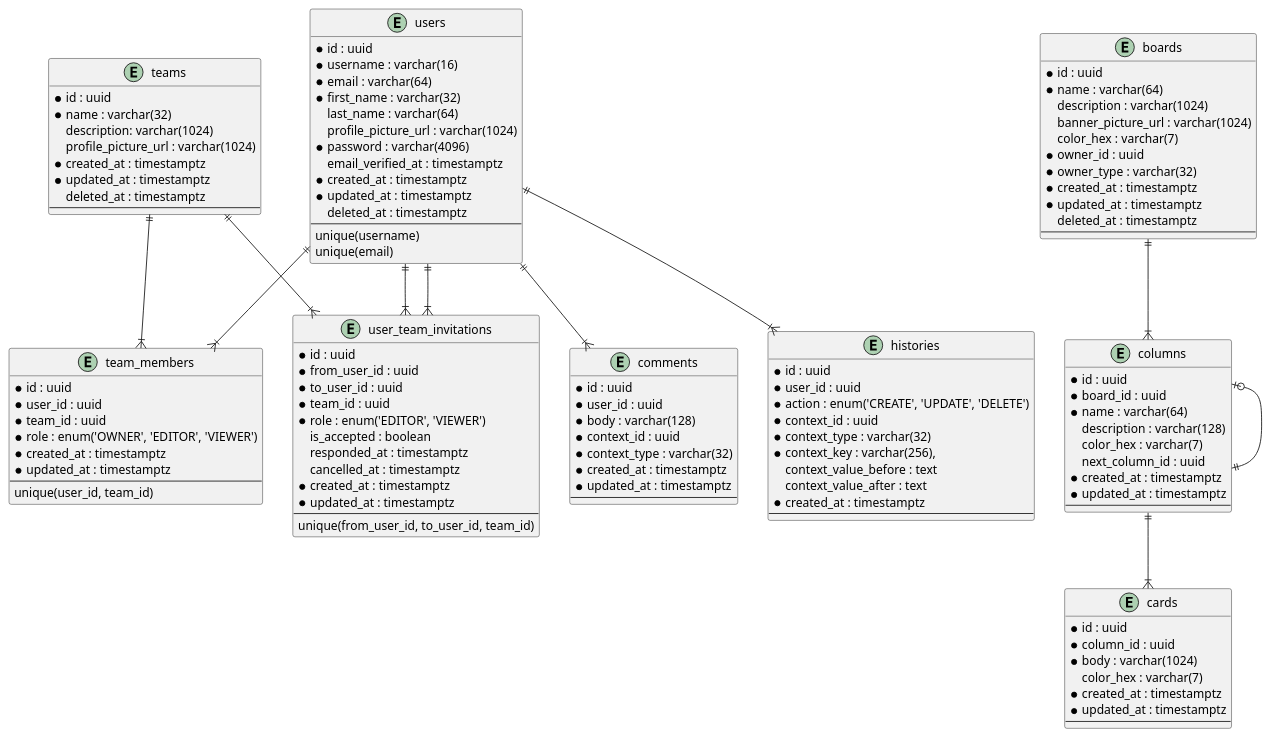
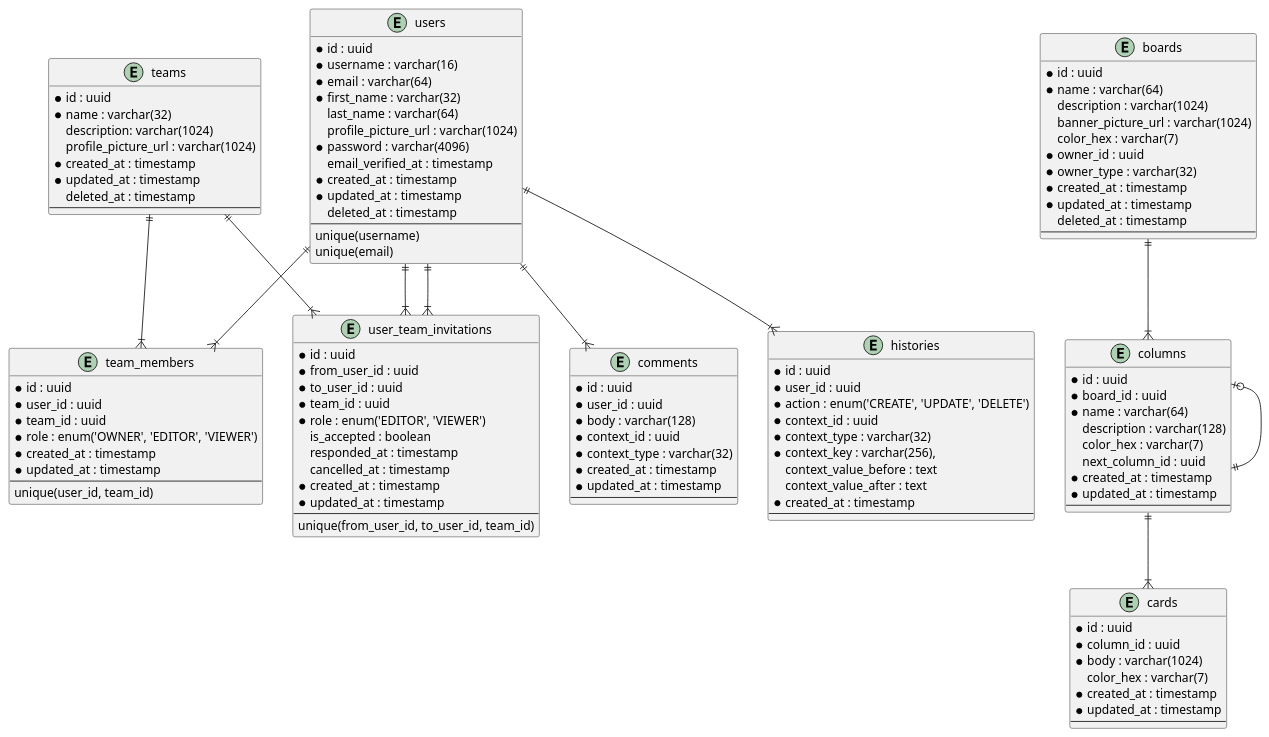
The diagram in docs/database/schema.puml (stackpan/tasque-server), drawn with PlantUML before and after one commit. The commit also changed 1 other file, not shown here.

Commit message:
Database schema 1.4

```diff
--- a/docs/database/schema.puml
+++ b/docs/database/schema.puml
@@ -1,128 +1,128 @@
 @startuml Tasque database schema
 
 entity users {
     * id : uuid
     * username : varchar(16)
     * email : varchar(64)
     * first_name : varchar(32)
     last_name : varchar(64)
     profile_picture_url : varchar(1024)
     * password : varchar(4096)
-    email_verified_at : timestamptz
-    * created_at : timestamptz
-    * updated_at : timestamptz
-    deleted_at : timestamptz
+    email_verified_at : timestamp
+    * created_at : timestamp
+    * updated_at : timestamp
+    deleted_at : timestamp
     --
     unique(username)
     unique(email)
 }
 
 entity teams {
     * id : uuid
     * name : varchar(32)
     description: varchar(1024)
     profile_picture_url : varchar(1024)
-    * created_at : timestamptz
-    * updated_at : timestamptz
-    deleted_at : timestamptz
+    * created_at : timestamp
+    * updated_at : timestamp
+    deleted_at : timestamp
     --
 }
 
 entity team_members {
     * id : uuid
     * user_id : uuid
     * team_id : uuid
     * role : enum('OWNER', 'EDITOR', 'VIEWER')
-    * created_at : timestamptz
-    * updated_at : timestamptz
+    * created_at : timestamp
+    * updated_at : timestamp
     --
     unique(user_id, team_id)
 }
 
 entity user_team_invitations {
     * id : uuid
     * from_user_id : uuid
     * to_user_id : uuid
     * team_id : uuid
     * role : enum('EDITOR', 'VIEWER')
     is_accepted : boolean
-    responded_at : timestamptz
-    cancelled_at : timestamptz
-    * created_at : timestamptz
-    * updated_at : timestamptz
+    responded_at : timestamp
+    cancelled_at : timestamp
+    * created_at : timestamp
+    * updated_at : timestamp
     --
     unique(from_user_id, to_user_id, team_id)
 }
 
 entity boards {
     * id : uuid
     * name : varchar(64)
     description : varchar(1024)
     banner_picture_url : varchar(1024)
     color_hex : varchar(7)
     * owner_id : uuid
     * owner_type : varchar(32)
-    * created_at : timestamptz
-    * updated_at : timestamptz
-    deleted_at : timestamptz
+    * created_at : timestamp
+    * updated_at : timestamp
+    deleted_at : timestamp
     --
 }
 
 entity columns {
     * id : uuid
     * board_id : uuid
     * name : varchar(64)
     description : varchar(128)
     color_hex : varchar(7)
     next_column_id : uuid
-    * created_at : timestamptz
-    * updated_at : timestamptz
+    * created_at : timestamp
+    * updated_at : timestamp
     --
 }
 
 entity cards {
     * id : uuid
     * column_id : uuid
     * body : varchar(1024)
     color_hex : varchar(7)
-    * created_at : timestamptz
-    * updated_at : timestamptz
+    * created_at : timestamp
+    * updated_at : timestamp
     --
 }
 
 entity comments {
     * id : uuid
     * user_id : uuid
     * body : varchar(128)
     * context_id : uuid
     * context_type : varchar(32)
-    * created_at : timestamptz
-    * updated_at : timestamptz
+    * created_at : timestamp
+    * updated_at : timestamp
     --
 }
 
 entity histories {
     * id : uuid
     * user_id : uuid
     * action : enum('CREATE', 'UPDATE', 'DELETE')
     * context_id : uuid
     * context_type : varchar(32)
     * context_key : varchar(256),
     context_value_before : text
     context_value_after : text
-    * created_at : timestamptz
+    * created_at : timestamp
     --
 }
 
 users ||--|{ team_members
 teams ||--|{ team_members
 users ||--|{ user_team_invitations
 users ||--|{ user_team_invitations
 teams ||--|{ user_team_invitations
 boards ||--|{ columns
 columns |o--|| columns
 columns ||--|{ cards
 users ||--|{ comments
 users ||--|{ histories
 
 @enduml
```
